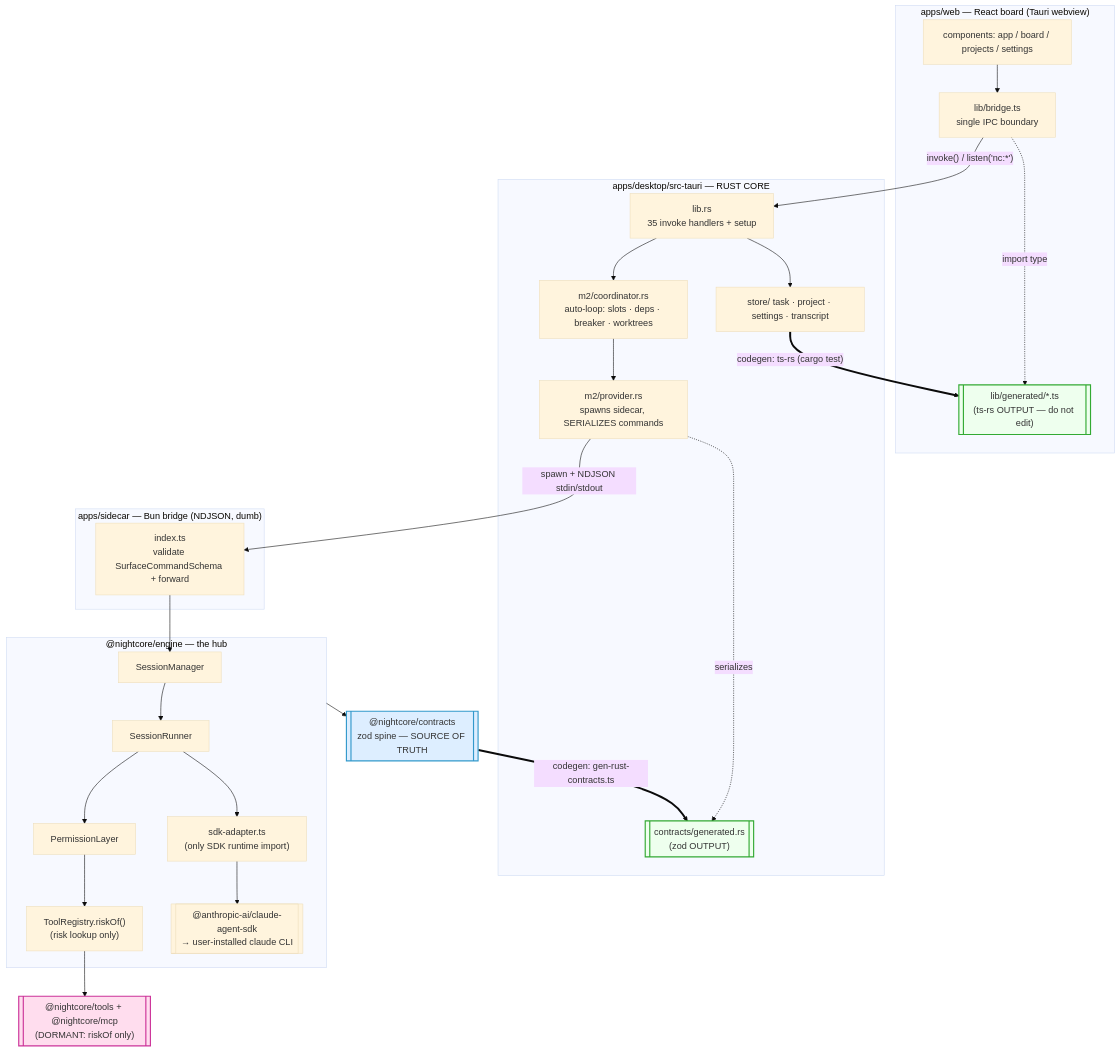
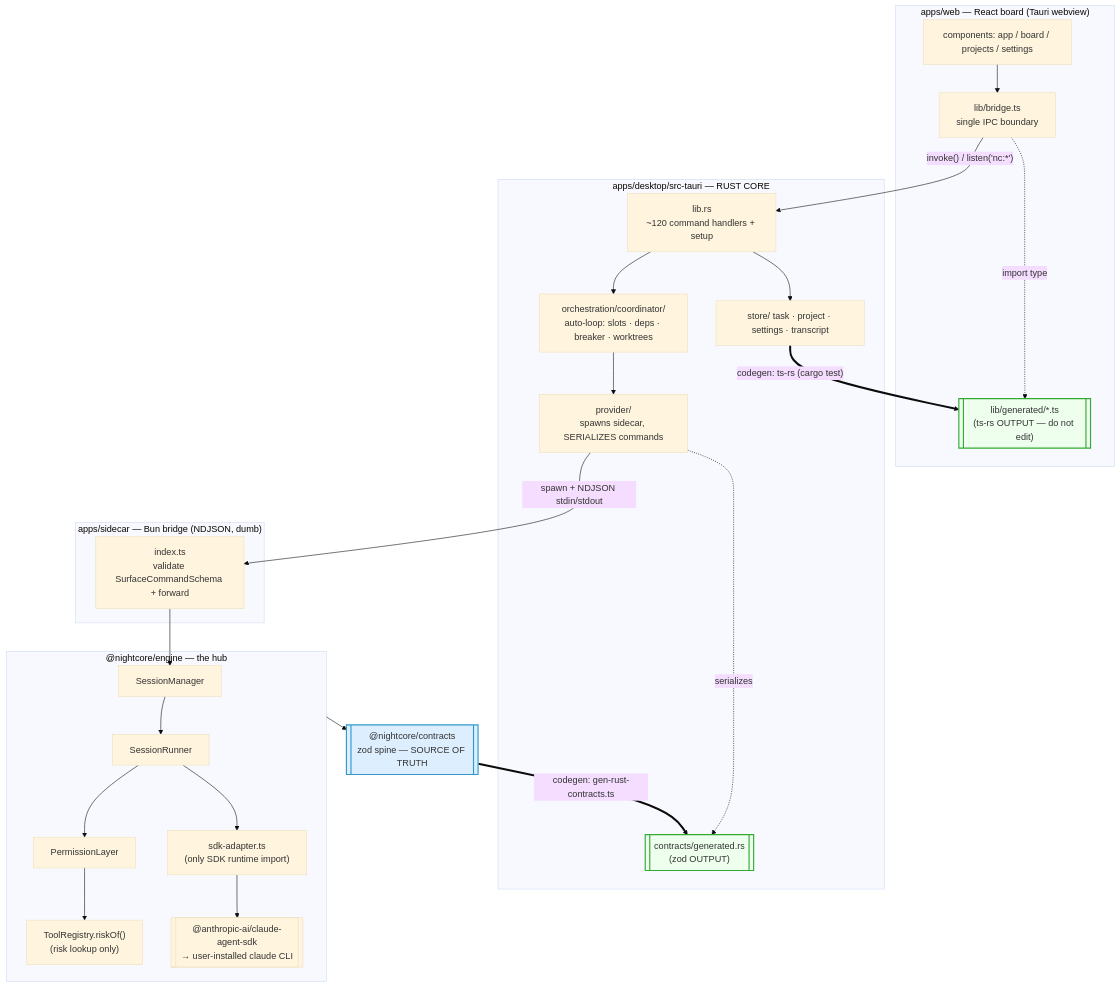
The first of 5 diagrams in docs/diagrams.md (Shironex/nightcore), drawn with Mermaid (base theme) before and after one commit. The commit also changed other lines of this file and 1 other file, not shown here.

Commit message:
docs(architecture): retarget as-built docs to orchestration/ layout and real command/channel counts

````diff
--- a/docs/diagrams.md
+++ b/docs/diagrams.md
@@ -23,50 +24,46 @@
 ```mermaid
 flowchart TD
     subgraph web["apps/web — React board (Tauri webview)"]
         UI["components: app / board / projects / settings"]
         Bridge["lib/bridge.ts<br/>single IPC boundary"]
         Gen[["lib/generated/*.ts<br/>(ts-rs OUTPUT — do not edit)"]]
         UI --> Bridge
         Bridge -. import type .-> Gen
     end
 
     subgraph desktop["apps/desktop/src-tauri — RUST CORE"]
-        Lib["lib.rs<br/>35 invoke handlers + setup"]
-        Coord["m2/coordinator.rs<br/>auto-loop: slots · deps · breaker · worktrees"]
-        Prov["m2/provider.rs<br/>spawns sidecar, SERIALIZES commands"]
+        Lib["lib.rs<br/>~120 command handlers + setup"]
+        Coord["orchestration/coordinator/<br/>auto-loop: slots · deps · breaker · worktrees"]
+        Prov["provider/<br/>spawns sidecar, SERIALIZES commands"]
         Stores["store/ task · project · settings · transcript"]
         GenRs[["contracts/generated.rs<br/>(zod OUTPUT)"]]
         Lib --> Coord & Stores
         Coord --> Prov
         Prov -. serializes .-> GenRs
     end
 
     subgraph sidecar["apps/sidecar — Bun bridge (NDJSON, dumb)"]
         SC["index.ts<br/>validate SurfaceCommandSchema + forward"]
     end
 
     subgraph engine["@nightcore/engine — the hub"]
         SM["SessionManager"] --> SR["SessionRunner"]
         SR --> AD["sdk-adapter.ts<br/>(only SDK runtime import)"]
         SR --> PL["PermissionLayer"] --> TRk["ToolRegistry.riskOf()<br/>(risk lookup only)"]
         AD --> SDK[["@anthropic-ai/claude-agent-sdk<br/>→ user-installed claude CLI"]]
     end
 
     contracts[["@nightcore/contracts<br/>zod spine — SOURCE OF TRUTH"]]
-    tools[["@nightcore/tools + @nightcore/mcp<br/>(DORMANT: riskOf only)"]]
 
     Bridge -->|"invoke() / listen('nc:*')"| Lib
     Prov -->|"spawn + NDJSON stdin/stdout"| SC
     SC --> SM
-    TRk --> tools
     engine --> contracts
     contracts ==>|"codegen: gen-rust-contracts.ts"| GenRs
     Stores ==>|"codegen: ts-rs (cargo test)"| Gen
 
-    classDef dormant fill:#fde,stroke:#c39,stroke-width:2px;
     classDef spine fill:#def,stroke:#39c,stroke-width:2px;
     classDef codegen fill:#efe,stroke:#3a3,stroke-width:2px;
-    class tools dormant;
     class contracts spine;
     class GenRs,Gen codegen;
 ```
````
